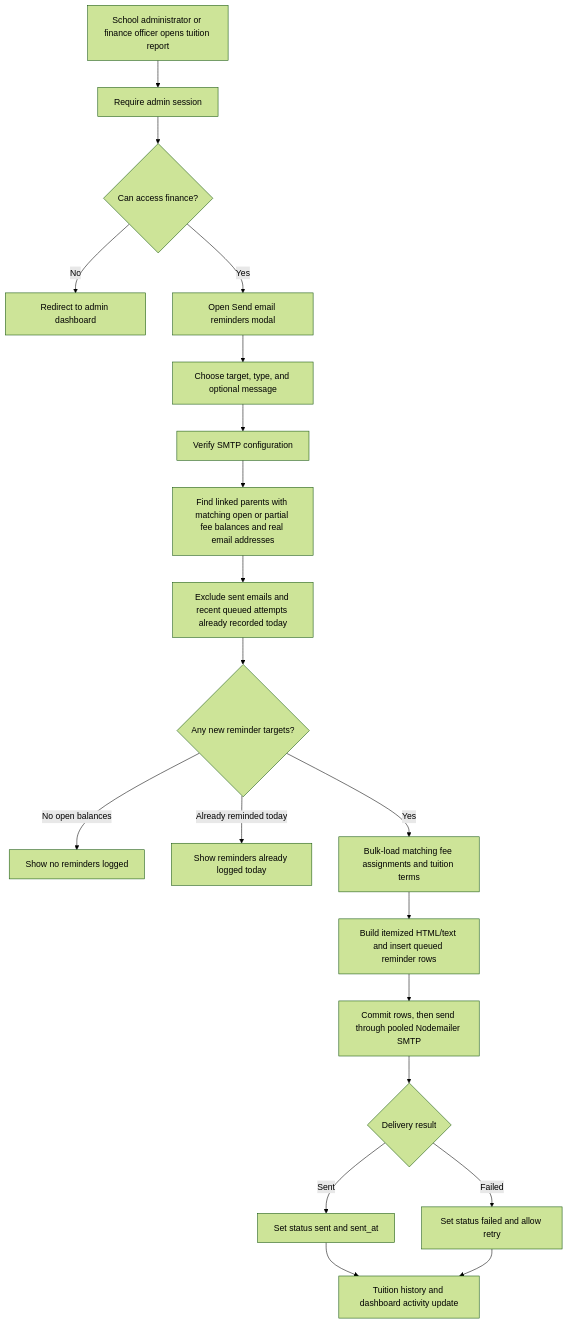
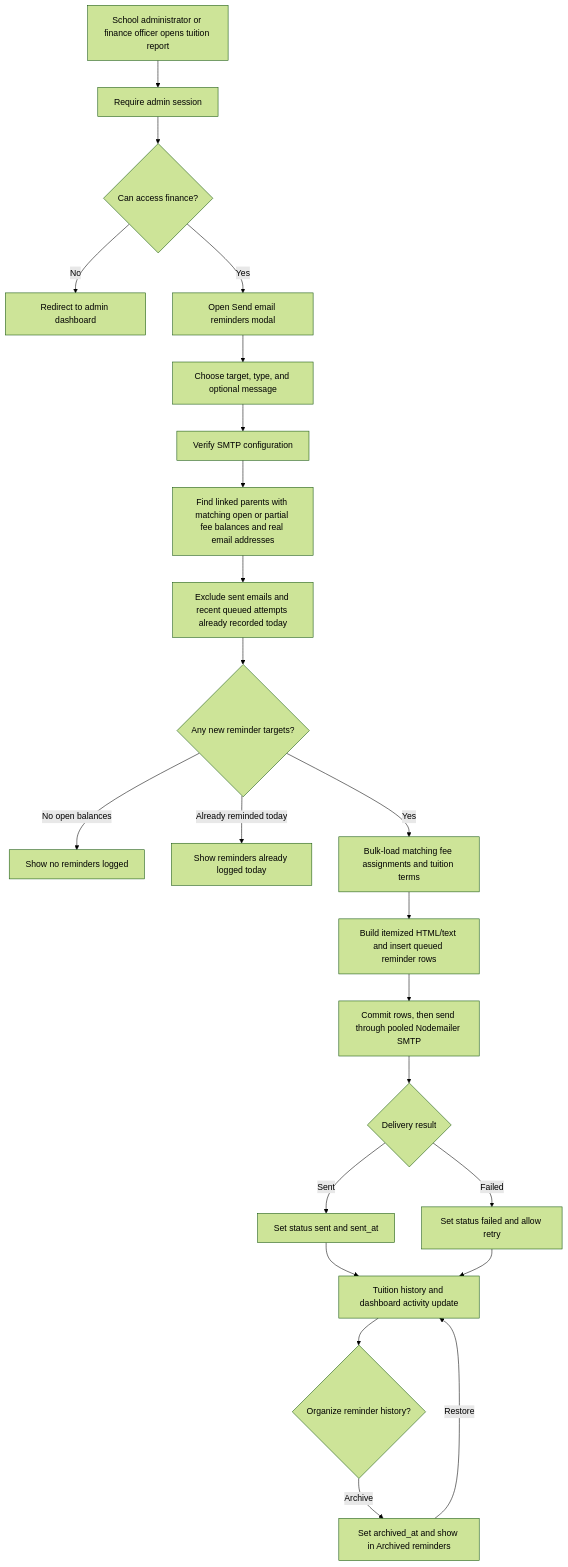
Diagram 20 of 21 in docs/PROJECT_FLOWCHARTS.md (Xeyn19/xmetapay), drawn with Mermaid (forest theme) before and after one commit. The commit also changed other lines of this file and 15 other files, not shown here.

````diff
--- a/docs/PROJECT_FLOWCHARTS.md
+++ b/docs/PROJECT_FLOWCHARTS.md
@@ -696,22 +696,25 @@
 ```mermaid
 flowchart TD
   A["School administrator or finance officer opens tuition report"] --> B["Require admin session"]
   B --> C{"Can access finance?"}
   C -->|No| D["Redirect to admin dashboard"]
   C -->|Yes| E["Open Send email reminders modal"]
   E --> E2["Choose target, type, and optional message"]
   E2 --> F["Verify SMTP configuration"]
   F --> G["Find linked parents with matching open or partial fee balances and real email addresses"]
   G --> G2["Exclude sent emails and recent queued attempts already recorded today"]
   G2 --> H{"Any new reminder targets?"}
   H -->|No open balances| I["Show no reminders logged"]
   H -->|Already reminded today| J["Show reminders already logged today"]
   H -->|Yes| H2["Bulk-load matching fee assignments and tuition terms"]
   H2 --> K["Build itemized HTML/text and insert queued reminder rows"]
   K --> L["Commit rows, then send through pooled Nodemailer SMTP"]
   L --> M{"Delivery result"}
   M -->|Sent| N["Set status sent and sent_at"]
   M -->|Failed| O["Set status failed and allow retry"]
   N --> P["Tuition history and dashboard activity update"]
   O --> P
+  P --> Q{"Organize reminder history?"}
+  Q -->|Archive| R["Set archived_at and show in Archived reminders"]
+  R -->|Restore| P
 ```
````
